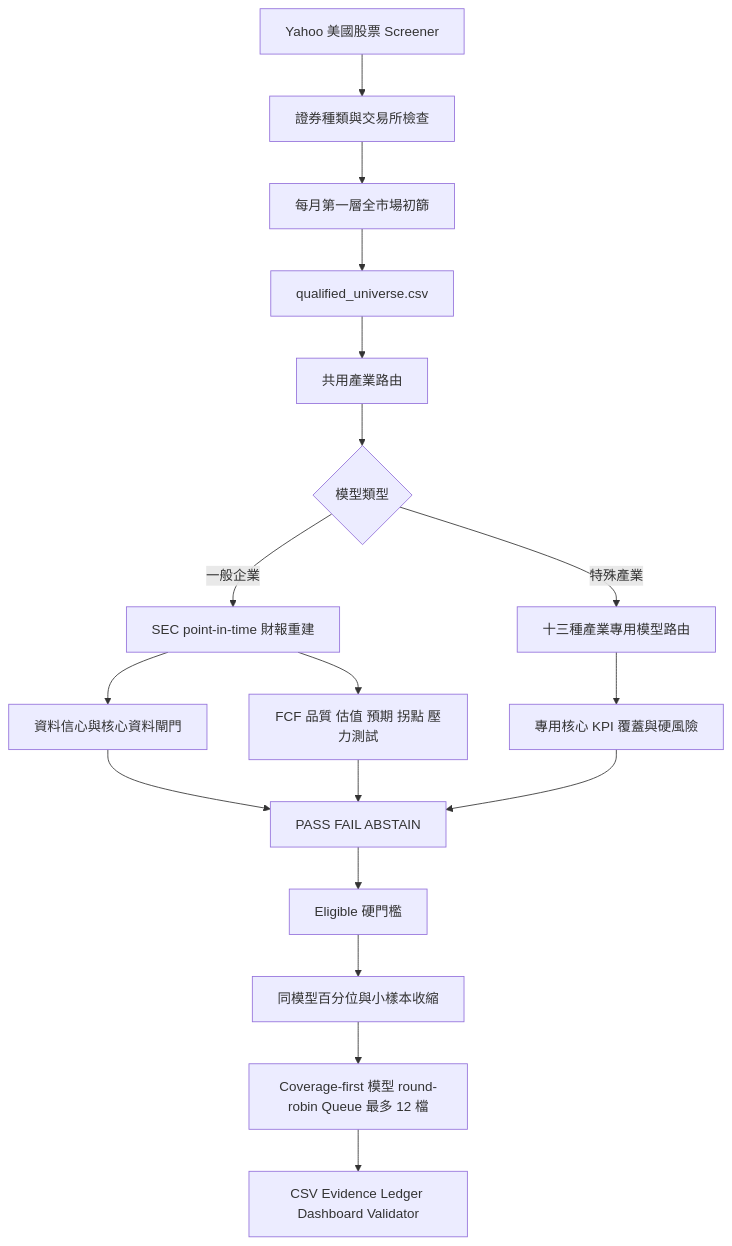
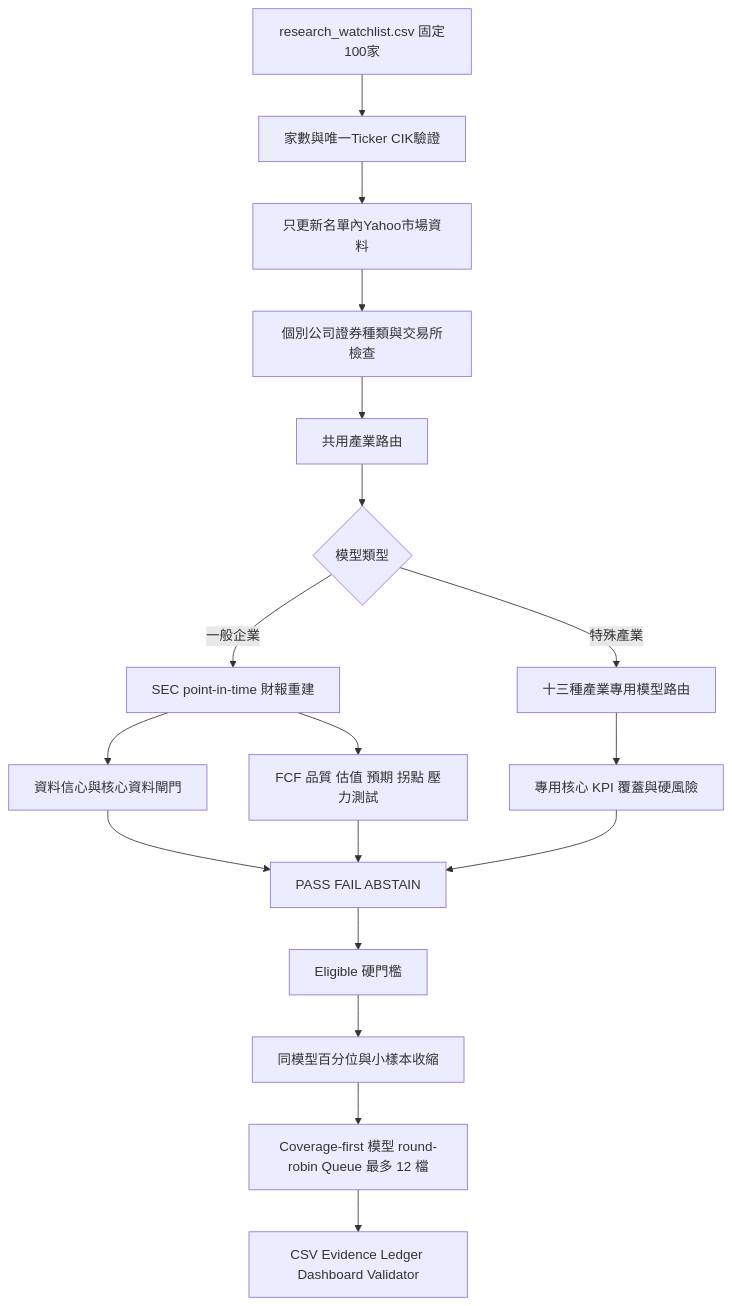
Before and after one commit to e34102309-lab/dodoladodo: the diagram in CURRENT_STRATEGY_LOGIC_FOR_AI_REVIEW.md, drawn with Mermaid. The commit also changed other lines of this file and 14 other files, not shown here.

````diff
--- a/CURRENT_STRATEGY_LOGIC_FOR_AI_REVIEW.md
+++ b/CURRENT_STRATEGY_LOGIC_FOR_AI_REVIEW.md
@@ -27,20 +28,20 @@
 ```mermaid
 flowchart TD
-    A[Yahoo 美國股票 Screener] --> B[證券種類與交易所檢查]
-    B --> C[每月第一層全市場初篩]
-    C --> D[qualified_universe.csv]
+    A[research_watchlist.csv 固定100家] --> B[家數與唯一Ticker CIK驗證]
+    B --> C[只更新名單內Yahoo市場資料]
+    C --> D[個別公司證券種類與交易所檢查]
     D --> E[共用產業路由]
     E --> F{模型類型}
     F -->|一般企業| G[SEC point-in-time 財報重建]
     F -->|特殊產業| H[十三種產業專用模型路由]
     G --> I[資料信心與核心資料閘門]
     G --> J[FCF 品質 估值 預期 拐點 壓力測試]
     H --> K[專用核心 KPI 覆蓋與硬風險]
     I --> L[PASS FAIL ABSTAIN]
     J --> L
     K --> L
     L --> M[Eligible 硬門檻]
     M --> N[同模型百分位與小樣本收縮]
     N --> P[Coverage-first 模型 round-robin Queue 最多 12 檔]
     P --> O[CSV Evidence Ledger Dashboard Validator]
 ```
````
